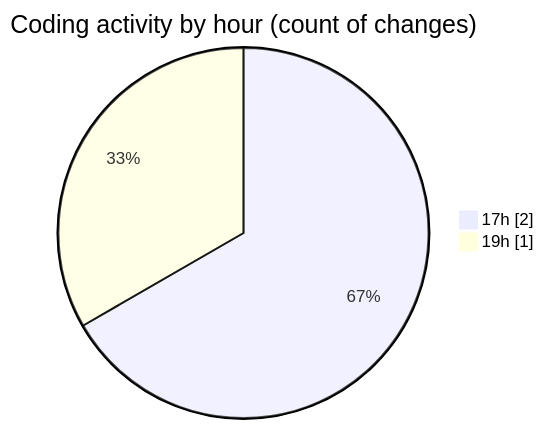
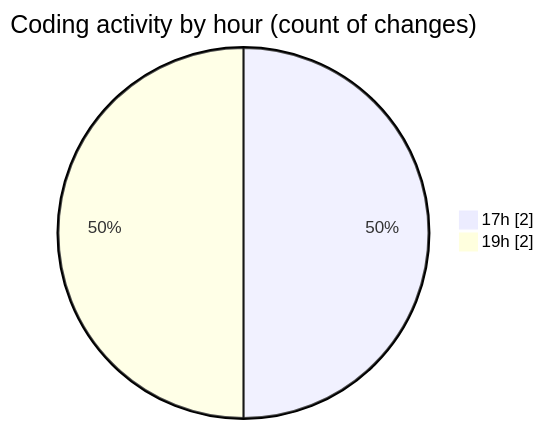
One commit to FelipKnott/code-tracking changed the second of 2 diagrams in 2025-08-15/alpha/README.md. Above: the diagram before and after it, drawn with Mermaid. The commit also changed other lines of this file and 1 other file, not shown here.

````diff
--- a/2025-08-15/alpha/README.md
+++ b/2025-08-15/alpha/README.md
@@ -30,6 +30,6 @@
 ```mermaid
 pie showData
 title Coding activity by hour (count of changes)
 "17h" : 2
-"19h" : 1
+"19h" : 2
 ```
````
